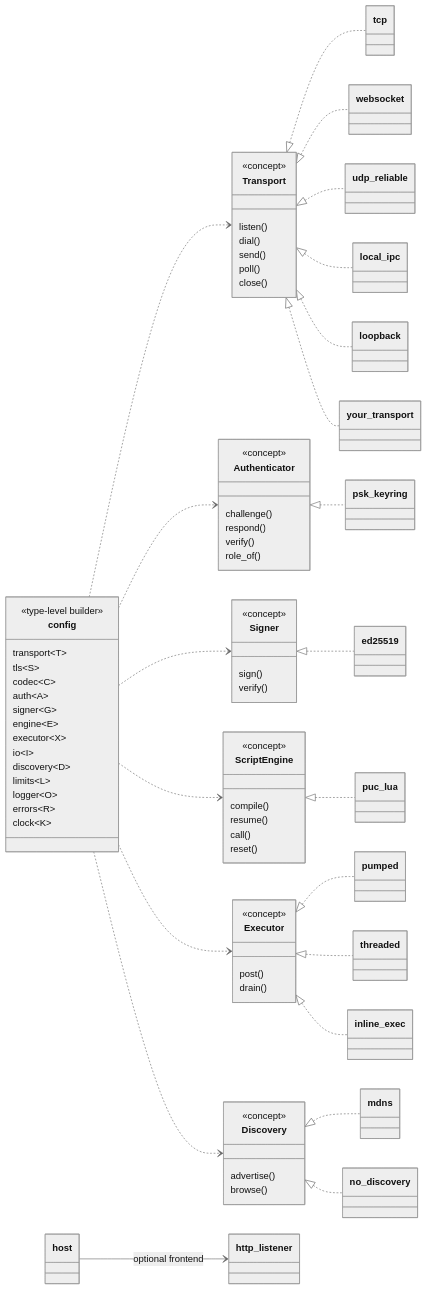
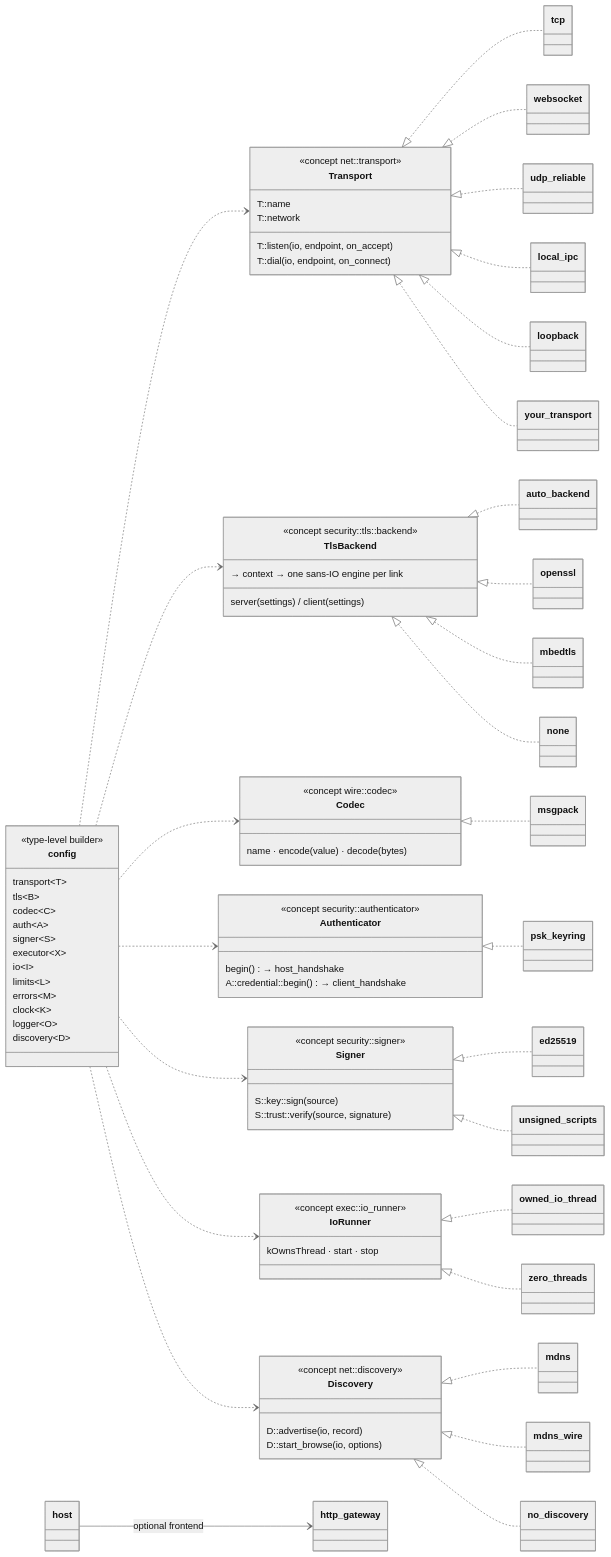
Before and after one commit to tonytranrp/RHP: the third of 14 diagrams in Docs/ARCHITECTURE.md, drawn with Mermaid (neutral theme). The commit also changed other lines of this file and 50 other files, not shown here.

````diff
--- a/Docs/ARCHITECTURE.md
+++ b/Docs/ARCHITECTURE.md
@@ -118,78 +122,81 @@
 ```mermaid
 classDiagram
     direction LR
     class config {
         <<type-level builder>>
         transport~T~
-        tls~S~
+        tls~B~
         codec~C~
         auth~A~
-        signer~G~
-        engine~E~
+        signer~S~
         executor~X~
         io~I~
+        limits~L~
+        errors~M~
+        clock~K~
+        logger~O~
         discovery~D~
-        limits~L~
-        logger~O~
-        errors~R~
-        clock~K~
     }
     class Transport {
-        <<concept>>
-        listen()
-        dial()
-        send()
-        poll()
-        close()
+        <<concept net::transport>>
+        T::name
+        T::listen(io, endpoint, on_accept)
+        T::dial(io, endpoint, on_connect)
+        T::network
+    }
+    class TlsBackend {
+        <<concept security::tls::backend>>
+        server(settings) / client(settings)
+        → context → one sans-IO engine per link
+    }
+    class Codec {
+        <<concept wire::codec>>
+        name · encode(value) · decode(bytes)
     }
     class Authenticator {
-        <<concept>>
-        challenge()
-        respond()
-        verify()
-        role_of()
+        <<concept security::authenticator>>
+        begin() → host_handshake
+        A::credential::begin() → client_handshake
     }
     class Signer {
-        <<concept>>
-        sign()
-        verify()
+        <<concept security::signer>>
+        S::key::sign(source)
+        S::trust::verify(source, signature)
     }
-    class ScriptEngine {
-        <<concept>>
-        compile()
-        resume()
-        call()
-        reset()
-    }
-    class Executor {
-        <<concept>>
-        post()
-        drain()
+    class IoRunner {
+        <<concept exec::io_runner>>
+        kOwnsThread · start · stop
     }
     class Discovery {
-        <<concept>>
-        advertise()
-        browse()
+        <<concept net::discovery>>
+        D::advertise(io, record)
+        D::start_browse(io, options)
     }
     config ..> Transport
+    config ..> TlsBackend
+    config ..> Codec
     config ..> Authenticator
     config ..> Signer
-    config ..> ScriptEngine
-    config ..> Executor
+    config ..> IoRunner
     config ..> Discovery
     Transport <|.. tcp
     Transport <|.. websocket
     Transport <|.. udp_reliable
     Transport <|.. local_ipc
     Transport <|.. loopback
-    host --> http_listener : optional frontend
     Transport <|.. your_transport
+    TlsBackend <|.. auto_backend
+    TlsBackend <|.. openssl
+    TlsBackend <|.. mbedtls
+    TlsBackend <|.. none
+    Codec <|.. msgpack
     Authenticator <|.. psk_keyring
     Signer <|.. ed25519
-    ScriptEngine <|.. puc_lua
-    Executor <|.. pumped
-    Executor <|.. threaded
-    Executor <|.. inline_exec
+    Signer <|.. unsigned_scripts
+    IoRunner <|.. owned_io_thread
+    IoRunner <|.. zero_threads
     Discovery <|.. mdns
+    Discovery <|.. mdns_wire
     Discovery <|.. no_discovery
+    host --> http_gateway : optional frontend
 ```
````
